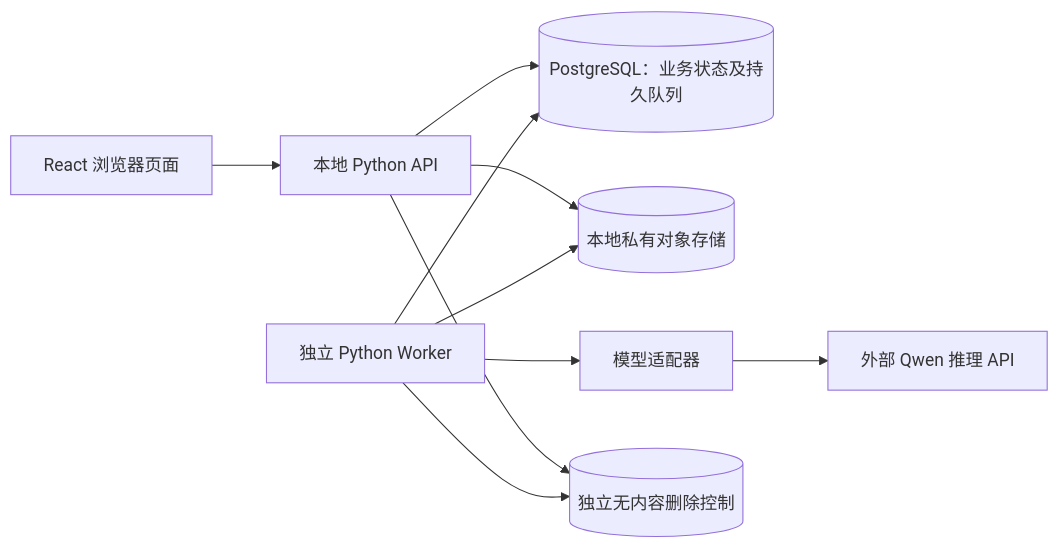
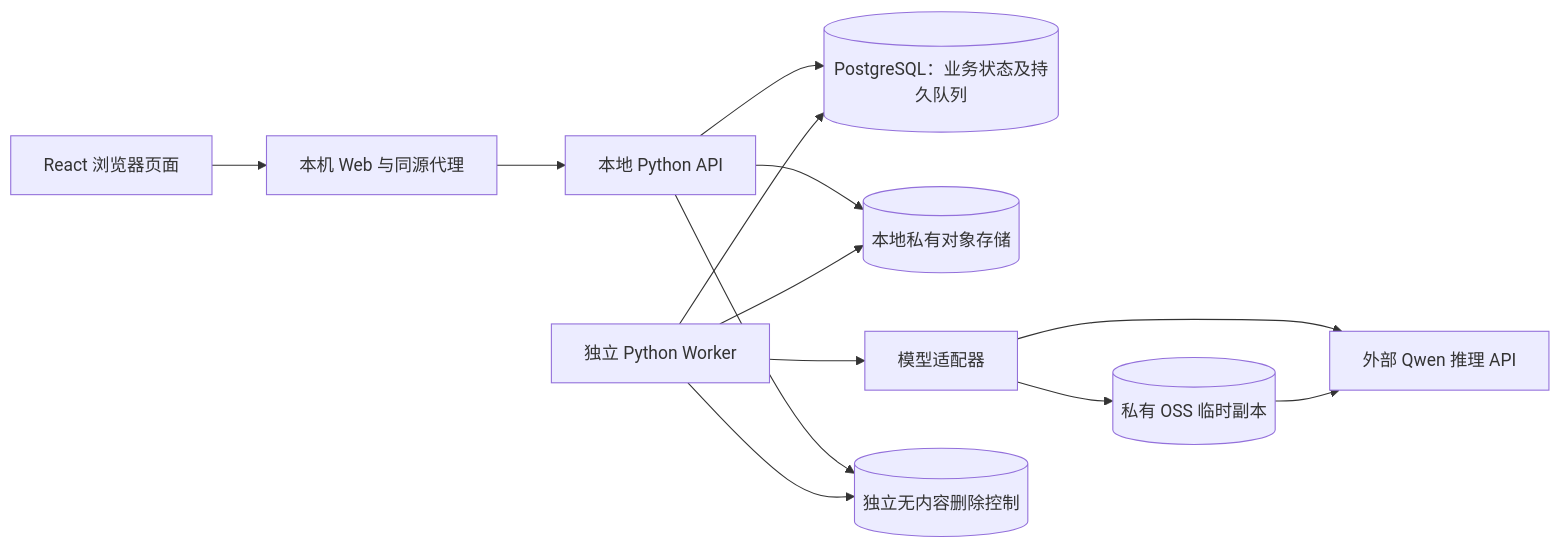
One commit to YatongXing/video-summary-app changed the diagram in docs/ARCHITECTURE.md. Above: the diagram before and after it, drawn with Mermaid. The commit also changed other lines of this file and 45 other files, not shown here.

````diff
--- a/docs/ARCHITECTURE.md
+++ b/docs/ARCHITECTURE.md
@@ -23,12 +23,15 @@
 ```mermaid
 flowchart LR
-  B[React 浏览器页面] --> A[本地 Python API]
+  B[React 浏览器页面] --> S[本机 Web 与同源代理]
+  S --> A[本地 Python API]
   A --> P[(PostgreSQL：业务状态及持久队列)]
   A --> O[(本地私有对象存储)]
   W[独立 Python Worker] --> P
   W --> O
   W --> M[模型适配器]
   M --> Q[外部 Qwen 推理 API]
+  M --> C[(私有 OSS 临时副本)]
+  C --> Q
   A --> J[(独立无内容删除控制)]
   W --> J
 ```
````
